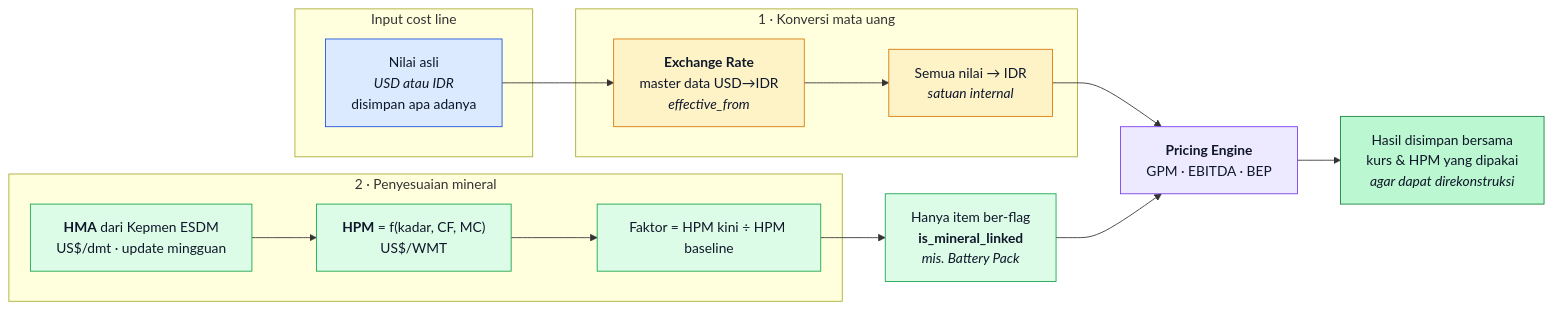
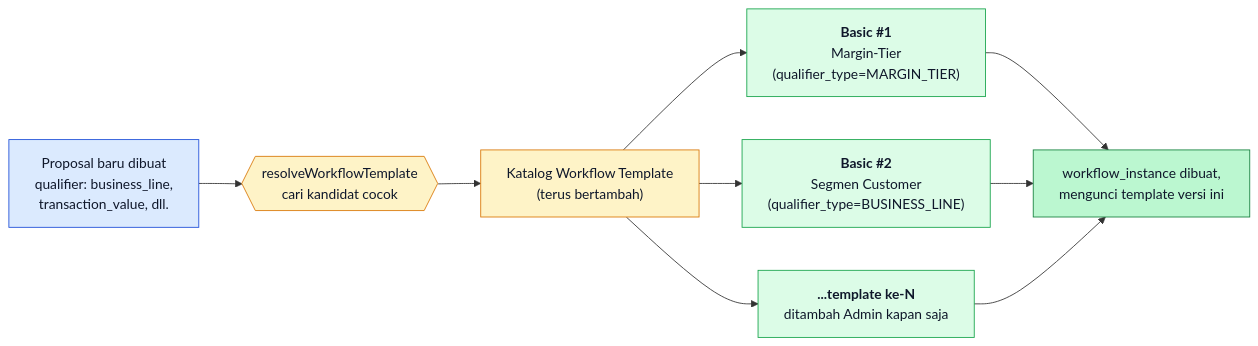
One commit to vince123890/dssvktr changed the third of 4 diagrams in docs/DEMO-FLOW-OVERVIEW.md. Above: the diagram before and after it, drawn with Mermaid. The commit also changed other lines of this file and 56 other files, not shown here.

````diff
--- a/docs/DEMO-FLOW-OVERVIEW.md
+++ b/docs/DEMO-FLOW-OVERVIEW.md
@@ -216,39 +176,24 @@
 ```mermaid
 flowchart LR
-    subgraph IN["Input cost line"]
-        A["Nilai asli<br/><i>USD atau IDR</i><br/>disimpan apa adanya"]
-    end
+    A["Proposal baru dibuat<br/>qualifier: business_line,<br/>transaction_value, dll."] --> B{{"resolveWorkflowTemplate<br/>cari kandidat cocok"}}
 
-    subgraph CONV["1 · Konversi mata uang"]
-        B["<b>Exchange Rate</b><br/>master data USD→IDR<br/><i>effective_from</i>"]
-        C["Semua nilai → IDR<br/><i>satuan internal</i>"]
-    end
+    B --> C["Katalog Workflow Template<br/>(terus bertambah)"]
 
-    subgraph MIN["2 · Penyesuaian mineral"]
-        D["<b>HMA</b> dari Kepmen ESDM<br/>US$/dmt · update mingguan"]
-        E["<b>HPM</b> = f(kadar, CF, MC)<br/>US$/WMT"]
-        F["Faktor = HPM kini ÷ HPM baseline"]
-    end
+    C --> D["<b>Basic #1</b><br/>Margin-Tier<br/>(qualifier_type=MARGIN_TIER)"]
+    C --> E["<b>Basic #2</b><br/>Segmen Customer<br/>(qualifier_type=BUSINESS_LINE)"]
+    C --> F["<b>...template ke-N</b><br/>ditambah Admin kapan saja"]
 
-    G["Hanya item ber-flag<br/><b>is_mineral_linked</b><br/><i>mis. Battery Pack</i>"]
-    H["<b>Pricing Engine</b><br/>GPM · EBITDA · BEP"]
-
-    A --> B --> C
-    D --> E --> F
-    C --> H
-    F --> G --> H
-
-    H --> I["Hasil disimpan bersama<br/>kurs &amp; HPM yang dipakai<br/><i>agar dapat direkonstruksi</i>"]
+    D --> G["workflow_instance dibuat,<br/>mengunci template versi ini"]
+    E --> G
+    F --> G
 
     classDef input fill:#dbeafe,stroke:#1d4ed8,color:#0f172a
-    classDef curr fill:#fef3c7,stroke:#d97706,color:#0f172a
-    classDef min fill:#dcfce7,stroke:#16a34a,color:#0f172a
-    classDef eng fill:#ede9fe,stroke:#7c3aed,color:#0f172a
+    classDef cat fill:#fef3c7,stroke:#d97706,color:#0f172a
+    classDef tpl fill:#dcfce7,stroke:#16a34a,color:#0f172a
     classDef out fill:#bbf7d0,stroke:#15803d,color:#0f172a
 
     class A input
-    class B,C curr
-    class D,E,F,G min
-    class H eng
-    class I out
+    class B,C cat
+    class D,E,F tpl
+    class G out
 ```
````
